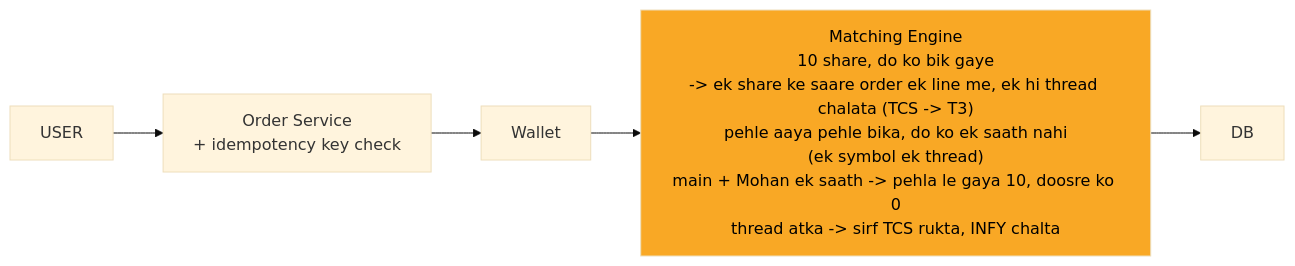
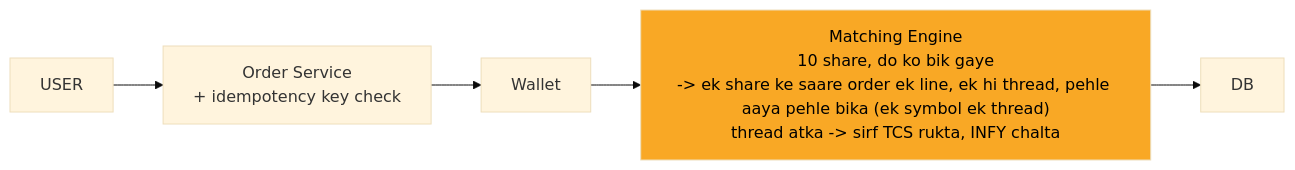
Before and after one commit to ArpanMaheshwari144/Prep: the diagram in 04_HLD/SYSTEM_DESIGNS/05_stock_broker_trading/img/c3.mmd, drawn with Mermaid (base theme). The commit also changed 39 other files, not shown here.

```diff
--- a/04_HLD/SYSTEM_DESIGNS/05_stock_broker_trading/img/c3.mmd
+++ b/04_HLD/SYSTEM_DESIGNS/05_stock_broker_trading/img/c3.mmd
@@ -1,12 +1,12 @@
 %%{init: {"flowchart": {"wrappingWidth": 450}}}%%
 flowchart LR
     n_USER["USER"]
     n_Order_Service["Order Service<br/>+ idempotency key check"]
     n_Wallet["Wallet"]
-    n_Matching_Engine["Matching Engine<br/>10 share, do ko bik gaye<br/>-> ek share ke saare order ek line me, ek hi thread chalata (TCS -> T3)<br/>pehle aaya pehle bika, do ko ek saath nahi<br/>(ek symbol ek thread)<br/>main + Mohan ek saath -> pehla le gaya 10, doosre ko 0<br/>thread atka -> sirf TCS rukta, INFY chalta"]
+    n_Matching_Engine["Matching Engine<br/>10 share, do ko bik gaye<br/>-> ek share ke saare order ek line, ek hi thread, pehle aaya pehle bika (ek symbol ek thread)<br/>thread atka -> sirf TCS rukta, INFY chalta"]
     n_DB["DB"]
     n_USER --> n_Order_Service
     n_Order_Service --> n_Wallet
     n_Wallet --> n_Matching_Engine
     n_Matching_Engine --> n_DB
     style n_Matching_Engine fill:#f9a825,color:#000
```
